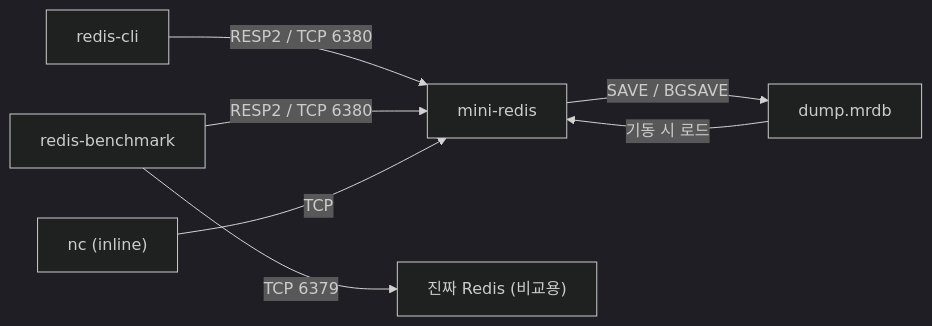
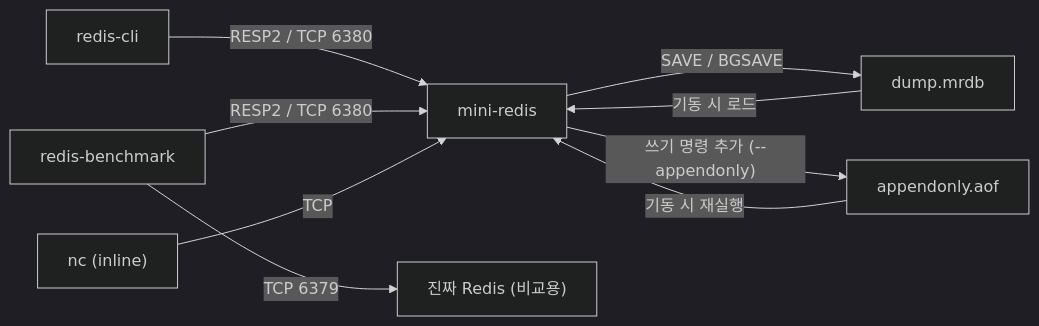
Before and after one commit to nini4746/mini-redis: the diagram in docs/SRS.md, drawn with Mermaid (dark theme). The commit also changed other lines of this file and 2 other files, not shown here.

Commit message:
docs: sync SRS/SDS with AOF and Linux support

````diff
--- a/docs/SRS.md
+++ b/docs/SRS.md
@@ -32,9 +34,11 @@
 ```mermaid
 flowchart LR
     CLI["redis-cli"] -->|"RESP2 / TCP 6380"| MR["mini-redis"]
     BENCH["redis-benchmark"] -->|"RESP2 / TCP 6380"| MR
     NC["nc (inline)"] -->|"TCP"| MR
     MR -->|"SAVE / BGSAVE"| FILE["dump.mrdb"]
     FILE -->|"기동 시 로드"| MR
+    MR -->|"쓰기 명령 추가 (--appendonly)"| AOF["appendonly.aof"]
+    AOF -->|"기동 시 재실행"| MR
     BENCH -->|"TCP 6379"| REAL["진짜 Redis (비교용)"]
 ```
````
